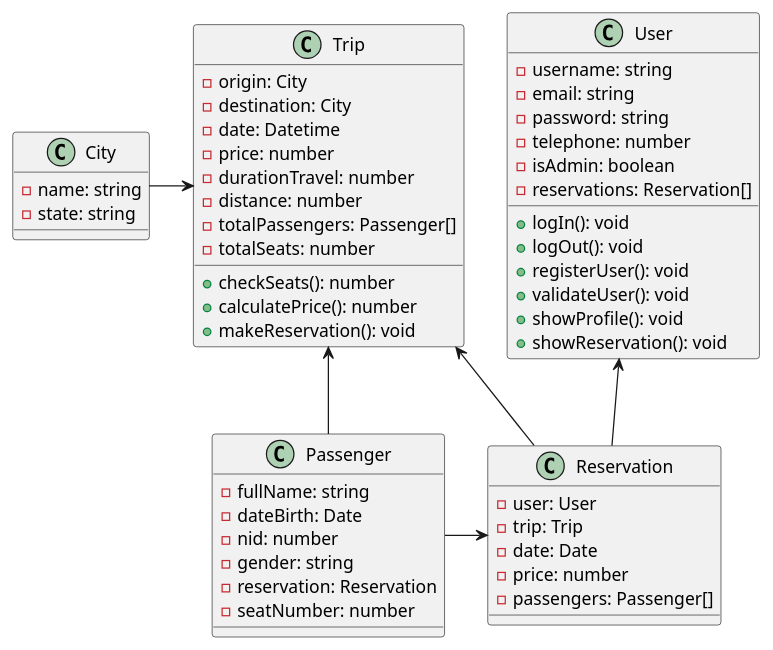
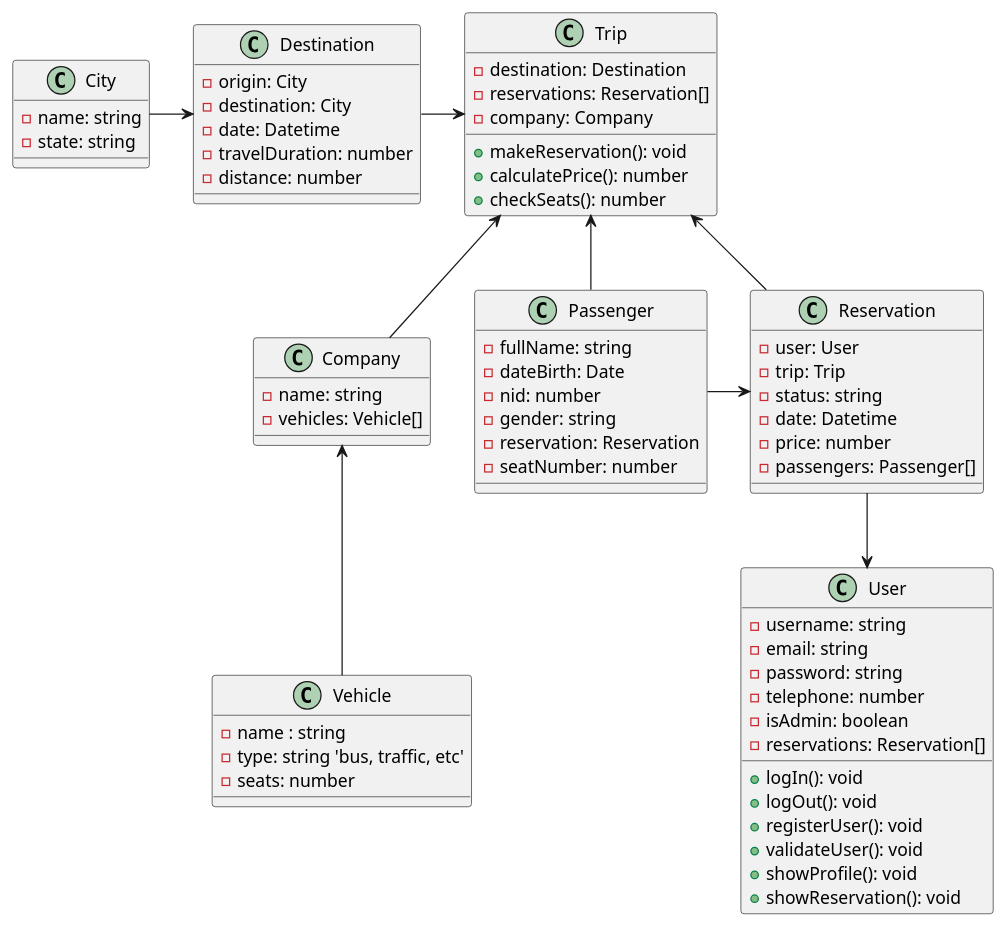
One commit to NKAmazing/PlatformUM changed the diagram in Diagrams/platformUM-diagram.puml. Above: the diagram before and after it, drawn with PlantUML.

Commit message:
Close #1 Diagrams ended. Destination, Company, Vehicle added

```diff
--- a/Diagrams/platformUM-diagram.puml
+++ b/Diagrams/platformUM-diagram.puml
@@ -1,62 +1,82 @@
 @startuml PlatformUM
 
 '''Diagrama de clases de una aplicacion que brinda servicios de viajes'''
 
 class User {
     - username: string
     - email: string
     - password: string
     - telephone: number
     - isAdmin: boolean
     - reservations: Reservation[]
     + logIn(): void
     + logOut(): void
     + registerUser(): void
     + validateUser(): void
     + showProfile(): void
     + showReservation(): void
 }
 
-class Trip {
+' Agregar los datos del colectivo a parte
+class Vehicle {
+    - name : string
+    - type: string 'bus, traffic, etc'
+    - seats: number
+}
+
+' *Agreagar datos de empresa de viajes
+class Company {
+    - name: string
+    - vehicles: Vehicle[]
+}
+
+class Destination {
     - origin: City
     - destination: City
     - date: Datetime
+    - travelDuration: number
+    - distance: number
+}
+
+class Trip {
+    - destination: Destination
+    - reservations: Reservation[]
+    - company: Company
+    + makeReservation(): void
+    + calculatePrice(): number
+    + checkSeats(): number
+}
+
+class Reservation {
+    - user: User
+    - trip: Trip
+    - status: string
+    - date: Datetime
     - price: number
-    - durationTravel: number
-    - distance: number
-    - totalPassengers: Passenger[]
-    - totalSeats: number
-    + checkSeats(): number
-    + calculatePrice(): number
-    + makeReservation(): void
+    - passengers: Passenger[]
 }
 
 class City {
     - name: string
     - state: string
-}
-
-class Reservation {
-    - user: User
-    - trip: Trip
-    - date: Date
-    - price: number
-    - passengers: Passenger[]
 }
 
 class Passenger {
     - fullName: string
     - dateBirth: Date
     - nid: number
     - gender: string
     - reservation: Reservation
     - seatNumber: number
 }
 
-City -r-> Trip
+City -r-> Destination
+Destination -r-> Trip
 Passenger --r--> Reservation
 Passenger -u-> Trip
-Reservation -u-> Trip
-Reservation -u-> User
-
+Reservation -d-> Trip
+Reservation -d-> User
+Vehicle -u-> Company
+Company -u-> Trip
+ 
 @enduml
```
